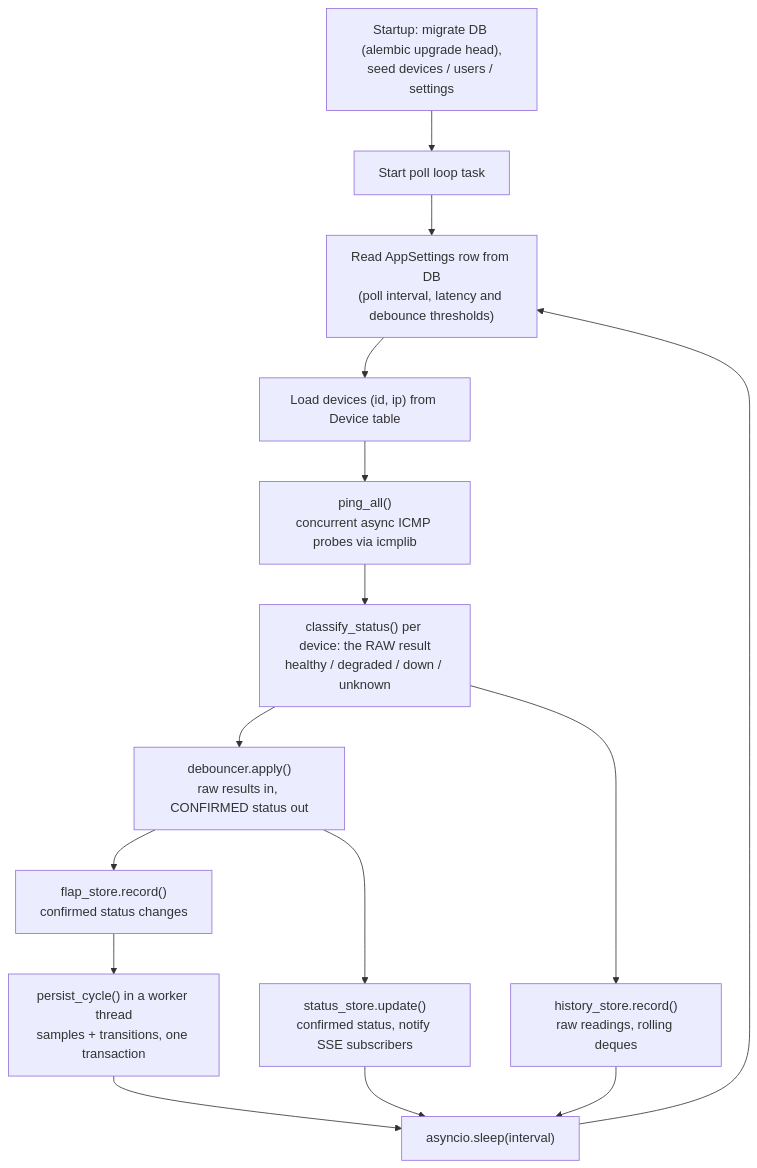
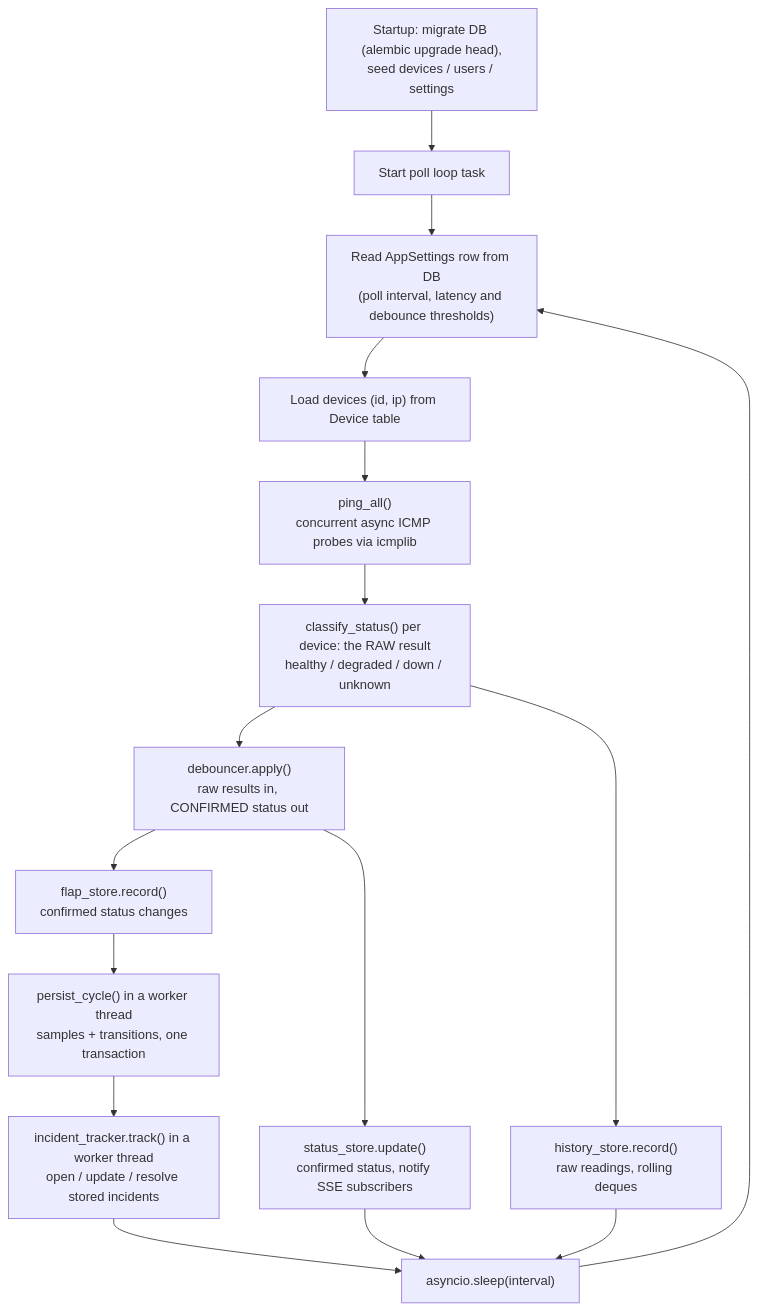
The second of 9 diagrams in README.md (dumbL4d/network-analyser), drawn with Mermaid before and after one commit. The commit also changed other lines of this file and 38 other files, not shown here.

````diff
--- a/README.md
+++ b/README.md
@@ -142,17 +151,18 @@
 ```mermaid
 flowchart TD
     A["Startup: migrate DB (alembic upgrade head),<br/>seed devices / users / settings"] --> B["Start poll loop task"]
     B --> C["Read AppSettings row from DB<br/>(poll interval, latency and debounce thresholds)"]
     C --> D["Load devices (id, ip) from Device table"]
     D --> E["ping_all()<br/>concurrent async ICMP probes via icmplib"]
     E --> F["classify_status() per device: the RAW result<br/>healthy / degraded / down / unknown"]
     F --> K["debouncer.apply()<br/>raw results in, CONFIRMED status out"]
     F --> H["history_store.record()<br/>raw readings, rolling deques"]
     K --> G["status_store.update()<br/>confirmed status, notify SSE subscribers"]
     K --> I["flap_store.record()<br/>confirmed status changes"]
     I --> P["persist_cycle() in a worker thread<br/>samples + transitions, one transaction"]
-    P --> J["asyncio.sleep(interval)"]
+    P --> T["incident_tracker.track() in a worker thread<br/>open / update / resolve stored incidents"]
+    T --> J["asyncio.sleep(interval)"]
     G --> J
     H --> J
     J --> C
 ```
````
